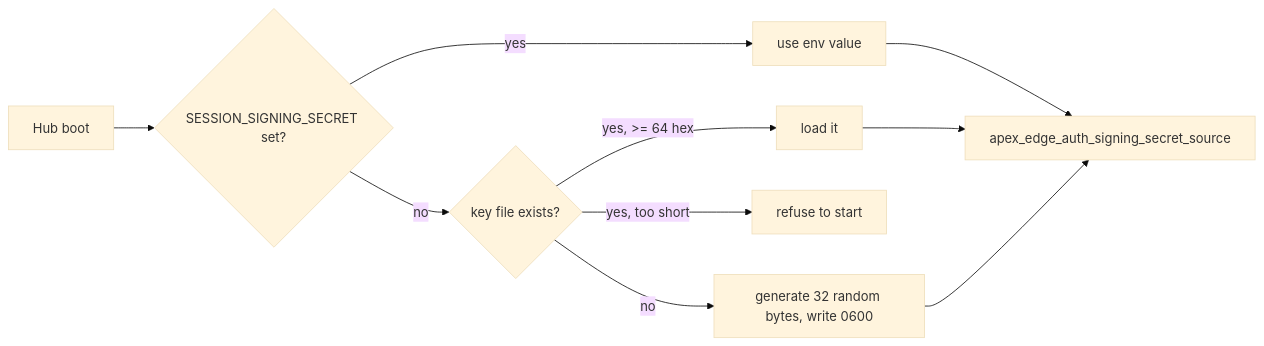
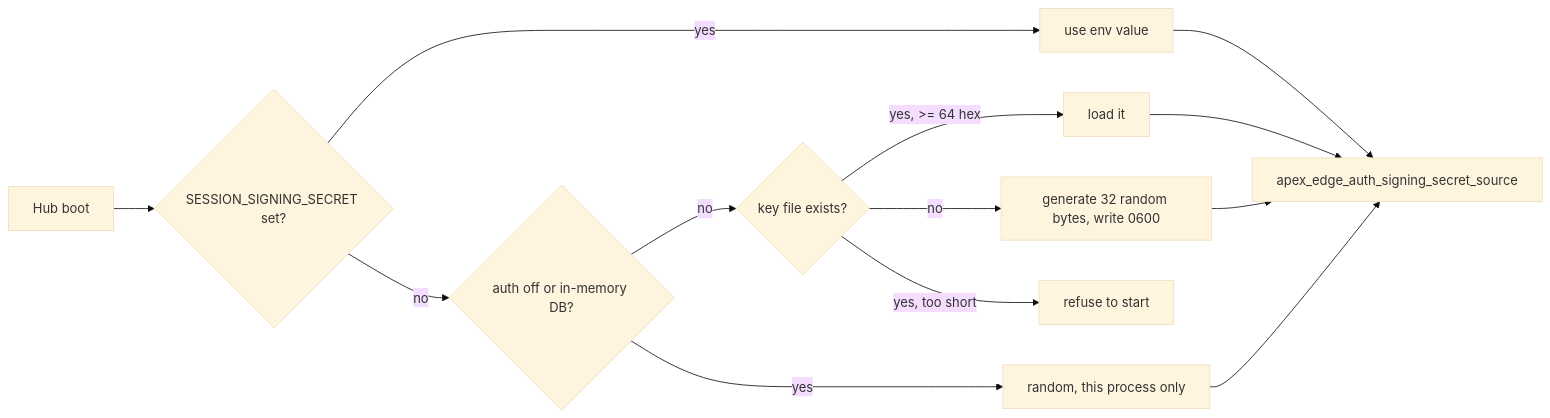
One commit to AncientiCe/apex-edge changed diagram 43 of 45 in docs/architecture/README.md. Above: the diagram before and after it, drawn with Mermaid (base theme). The commit also changed other lines of this file and 6 other files, not shown here.

Commit message:
Boot without a session key file when auth is off or the database is in memory

````diff
--- a/docs/architecture/README.md
+++ b/docs/architecture/README.md
@@ -1598,12 +1600,15 @@
 ```mermaid
 flowchart LR
     Boot[Hub boot] --> Env{SESSION_SIGNING_SECRET set?}
     Env -->|yes| UseEnv[use env value]
-    Env -->|no| File{key file exists?}
+    Env -->|no| Mem{auth off or in-memory DB?}
+    Mem -->|yes| Eph[random, this process only]
+    Mem -->|no| File{key file exists?}
     File -->|yes, >= 64 hex| Load[load it]
     File -->|yes, too short| Fail[refuse to start]
     File -->|no| Gen[generate 32 random bytes, write 0600]
     UseEnv --> Metric[apex_edge_auth_signing_secret_source]
     Load --> Metric
     Gen --> Metric
+    Eph --> Metric
 ```
````
